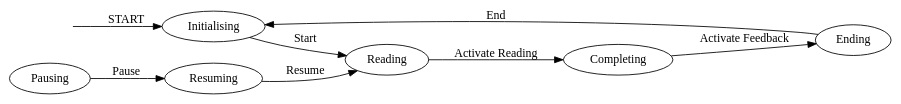
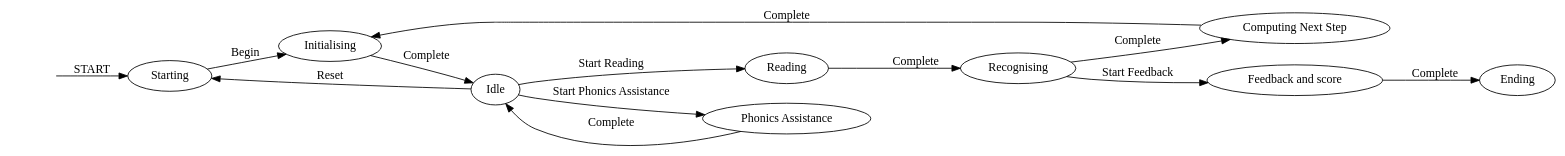
The diagram in SwiftReferenceApp/SwiftReferenceApp/ReadingMode.schema.dot (geoo993/SwiftReferenceApp), drawn with Graphviz before and after one commit. The commit also changed 20 other files, not shown here.

```diff
--- a/SwiftReferenceApp/SwiftReferenceApp/ReadingMode.schema.dot
+++ b/SwiftReferenceApp/SwiftReferenceApp/ReadingMode.schema.dot
@@ -1,20 +1,28 @@
 digraph {
     graph [rankdir=LR]
 
     0 [label="", shape=plaintext]
     0 -> 1 [label="START"]
 
-    1 [label="Initialising"]
-    2 [label="Resuming"]
-    3 [label="Reading"]
-    4 [label="Pausing"]
-    5 [label="Completing"]
-    6 [label="Ending"]
+    1 [label="Starting"]
+    2 [label="Initialising"]
+    3 [label="Idle"]
+    4 [label="Reading"]
+    5 [label="Phonics Assistance"]
+    6 [label="Recognising"]
+    7 [label="Computing Next Step"]
+    8 [label="Feedback and score"]
+    9 [label="Ending"]
 
-    1 -> 3 [label="Start"]
-    2 -> 3 [label="Resume"]
-    3 -> 5 [label="Activate Reading"]
-    4 -> 2 [label="Pause"]
-    5 -> 6 [label="Activate Feedback"]
-    6 -> 1 [label="End"]
+    1 -> 2 [label="Begin"]
+    2 -> 3 [label="Complete"]
+    3 -> 4 [label="Start Reading"]
+    3 -> 5 [label="Start Phonics Assistance"]
+    3 -> 1 [label="Reset"]
+    4 -> 6 [label="Complete"]
+    5 -> 3 [label="Complete"]
+    6 -> 7 [label="Complete"]
+    6 -> 8 [label="Start Feedback"]
+    7 -> 2 [label="Complete"]
+    8 -> 9 [label="Complete"]
 }
```
